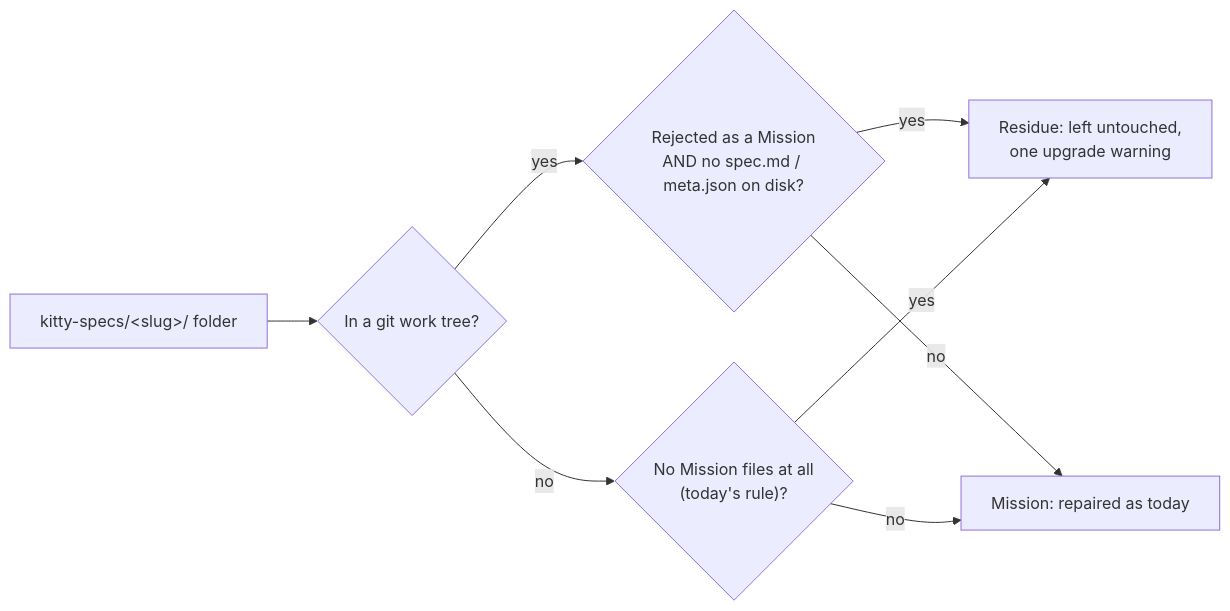
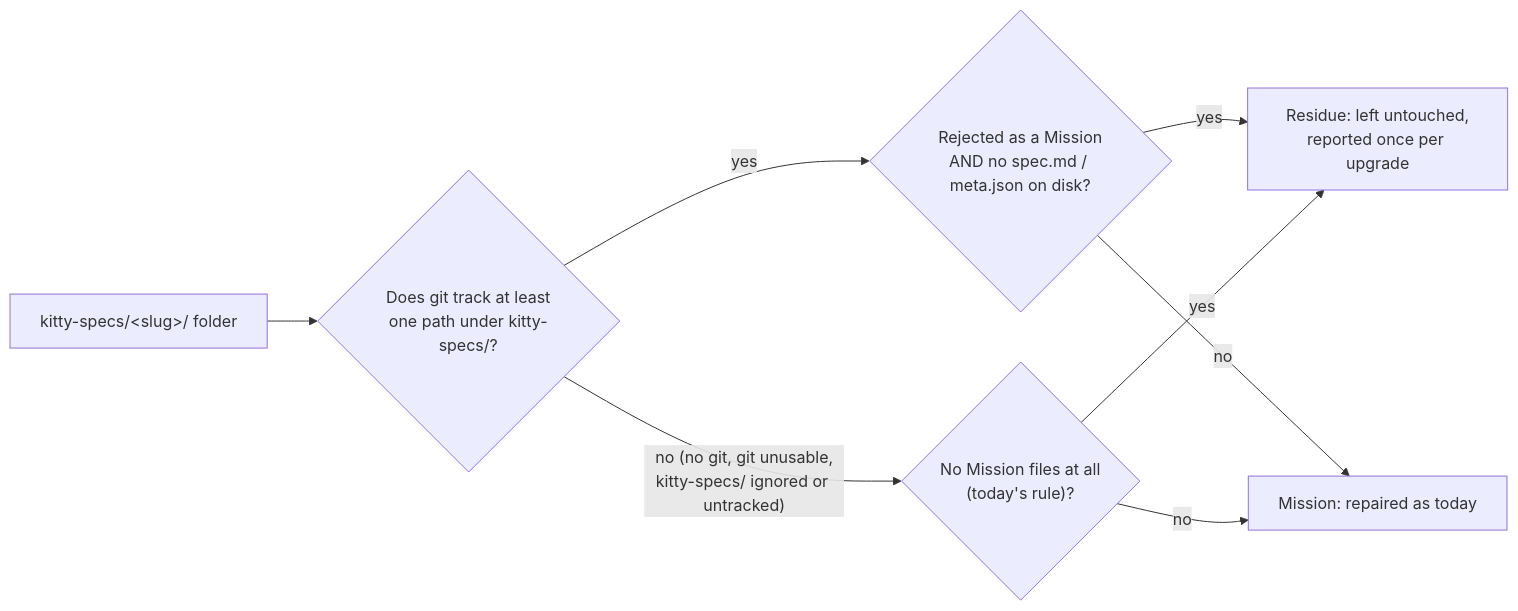
Before and after one commit to spec-kitty/spec-kitty: the diagram in kitty-specs/residue-safe-migration-sweep-01M5SS0F/spec.md, drawn with Mermaid. The commit also changed other lines of this file, not shown here.

````diff
--- a/kitty-specs/residue-safe-migration-sweep-01M5SS0F/spec.md
+++ b/kitty-specs/residue-safe-migration-sweep-01M5SS0F/spec.md
@@ -14,10 +20,10 @@
 ```mermaid
 flowchart LR
-    F["kitty-specs/&lt;slug&gt;/ folder"] --> Q{"In a git work tree?"}
+    F["kitty-specs/&lt;slug&gt;/ folder"] --> Q{"Does git track at least<br/>one path under kitty-specs/?"}
     Q -- yes --> G{"Rejected as a Mission<br/>AND no spec.md / meta.json on disk?"}
-    Q -- no --> P{"No Mission files at all<br/>(today's rule)?"}
-    G -- yes --> R["Residue: left untouched,<br/>one upgrade warning"]
+    Q -- "no (no git, git unusable,<br/>kitty-specs/ ignored or untracked)" --> P{"No Mission files at all<br/>(today's rule)?"}
+    G -- yes --> R["Residue: left untouched,<br/>reported once per upgrade"]
     G -- no --> M["Mission: repaired as today"]
     P -- yes --> R
     P -- no --> M
 ```
````
